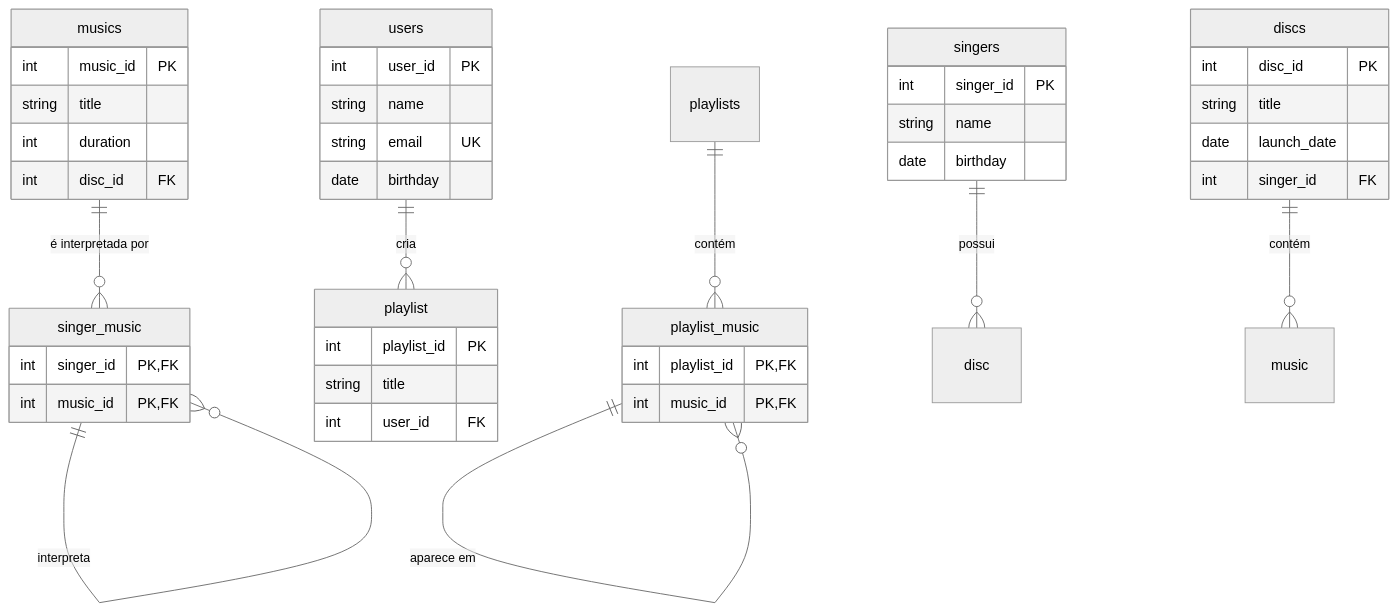
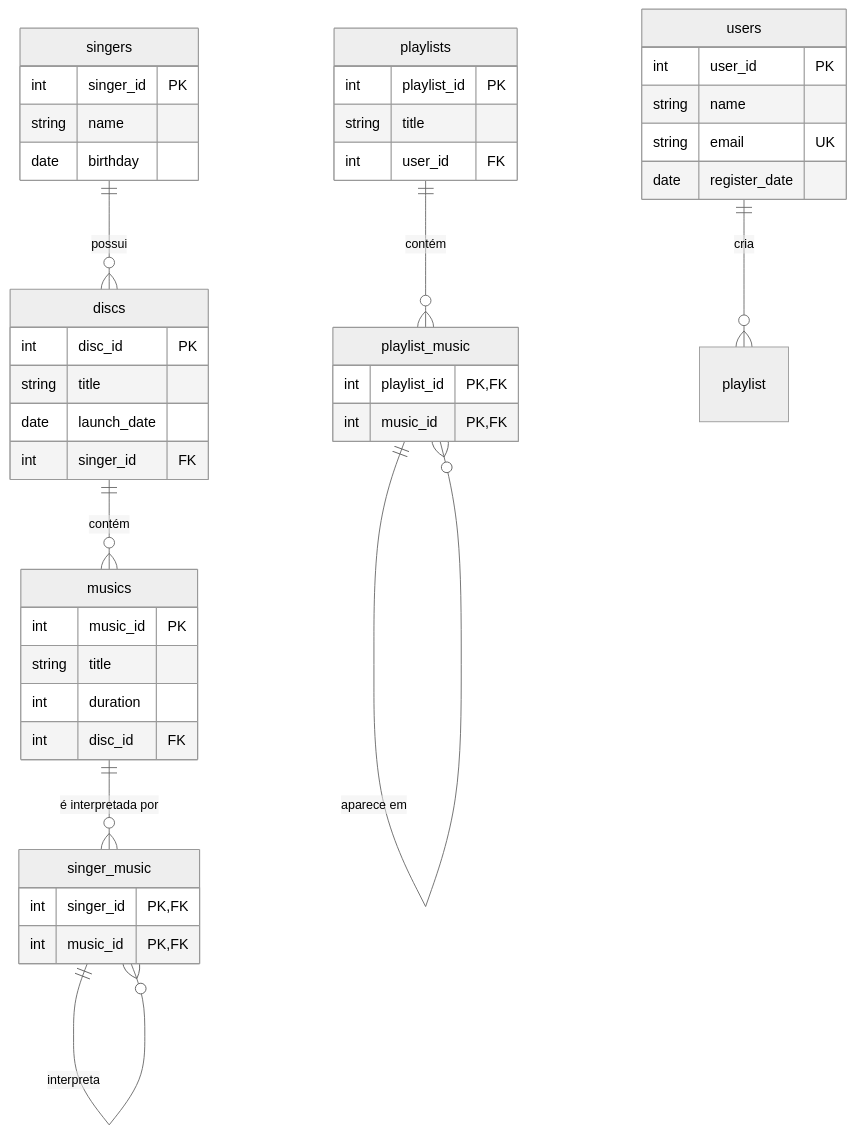
The diagram in README.md (sergiomos/fei-projeto-db1), drawn with Mermaid (neutral theme) before and after one commit. The commit also changed other lines of this file and 1 other file, not shown here.

Commit message:
adiciona dados gerados pelo chatgpt

````diff
--- a/README.md
+++ b/README.md
@@ -1,52 +6,52 @@
 ```mermaid
 erDiagram
     singers {
         int singer_id PK
         string name
         date birthday
     }
 
     discs {
         int disc_id PK
         string title
         date launch_date
         int singer_id FK
     }
 
     musics {
         int music_id PK
         string title
         int duration
         int disc_id FK
     }
 
     singer_music {
         int singer_id PK, FK
         int music_id PK, FK
     }
 
 
-    playlist {
+    playlists {
             int playlist_id PK
             string title
             int user_id FK
         }
     playlist_music {
             int playlist_id PK, FK
             int music_id PK, FK
         }
     users {
             int user_id PK
             string name
             string email UK
-            date birthday
+            date register_date
         }
 
-    singers ||--o{ disc : "possui"
-    discs ||--o{ music : "contém"
+    singers ||--o{ discs : "possui"
+    discs ||--o{ musics : "contém"
     musics ||--o{ singer_music : "é interpretada por"
     singer_music ||--o{ singer_music : "interpreta"
     users ||--o{ playlist : "cria"
     playlists ||--o{ playlist_music : "contém"
     playlist_music ||--o{ playlist_music : "aparece em"
 ```
````
